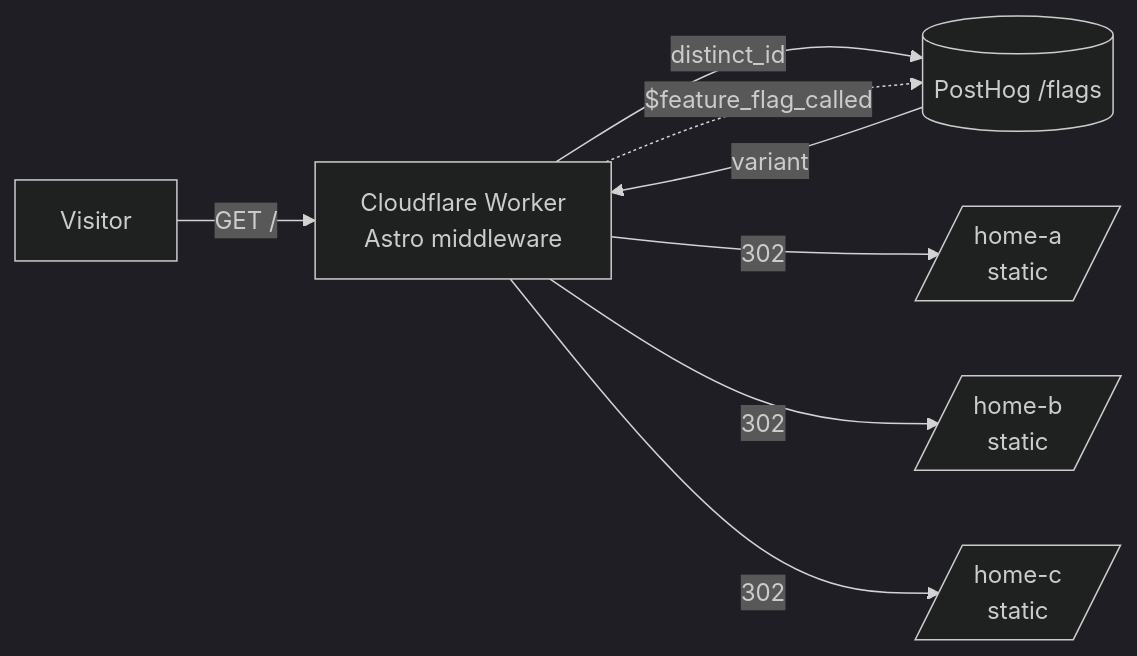
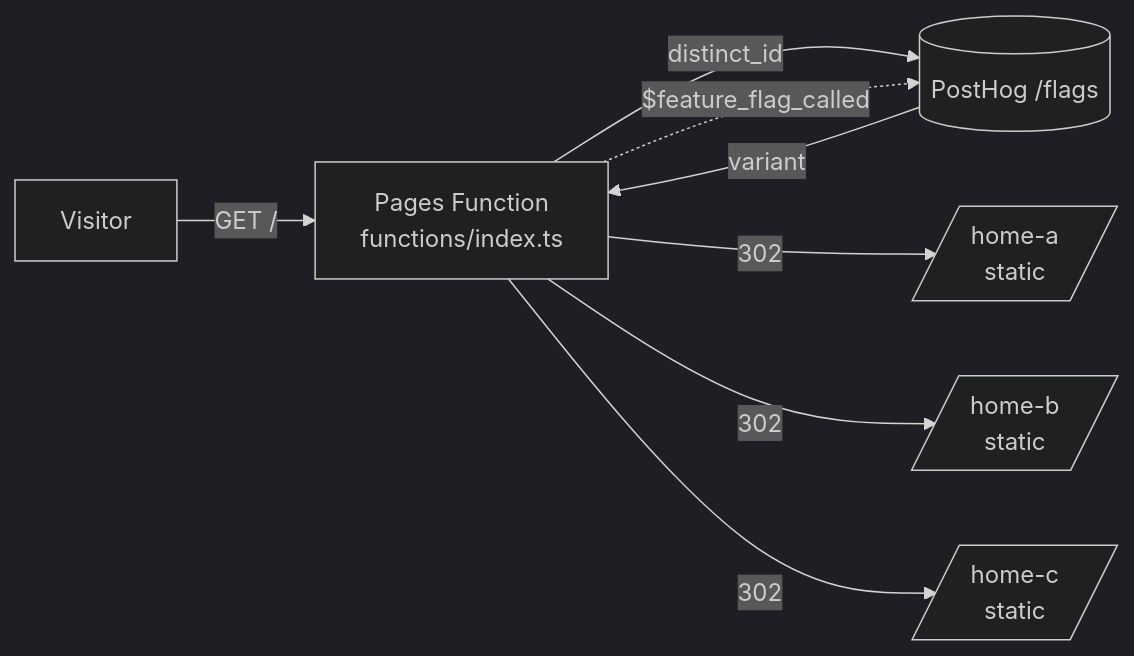
One commit to dpenacton/astro-middleware-test changed the diagram in README.md. Above: the diagram before and after it, drawn with Mermaid (dark theme). The commit also changed other lines of this file and 13 other files, not shown here.

First line of the commit message:
Switch to Cloudflare Pages with a Pages Function for the redirect

````diff
--- a/README.md
+++ b/README.md
@@ -5,10 +5,10 @@
 ```mermaid
 flowchart LR
-  U[Visitor] -->|GET /| W[Cloudflare Worker<br/>Astro middleware]
-  W -->|distinct_id| P[(PostHog /flags)]
-  P -->|variant| W
-  W -.->|$feature_flag_called| P
-  W -->|302| A[/home-a<br/>static/]
-  W -->|302| B[/home-b<br/>static/]
-  W -->|302| C[/home-c<br/>static/]
+  U[Visitor] -->|GET /| F[Pages Function<br/>functions/index.ts]
+  F -->|distinct_id| P[(PostHog /flags)]
+  P -->|variant| F
+  F -.->|$feature_flag_called| P
+  F -->|302| A[/home-a<br/>static/]
+  F -->|302| B[/home-b<br/>static/]
+  F -->|302| C[/home-c<br/>static/]
 ```
````
